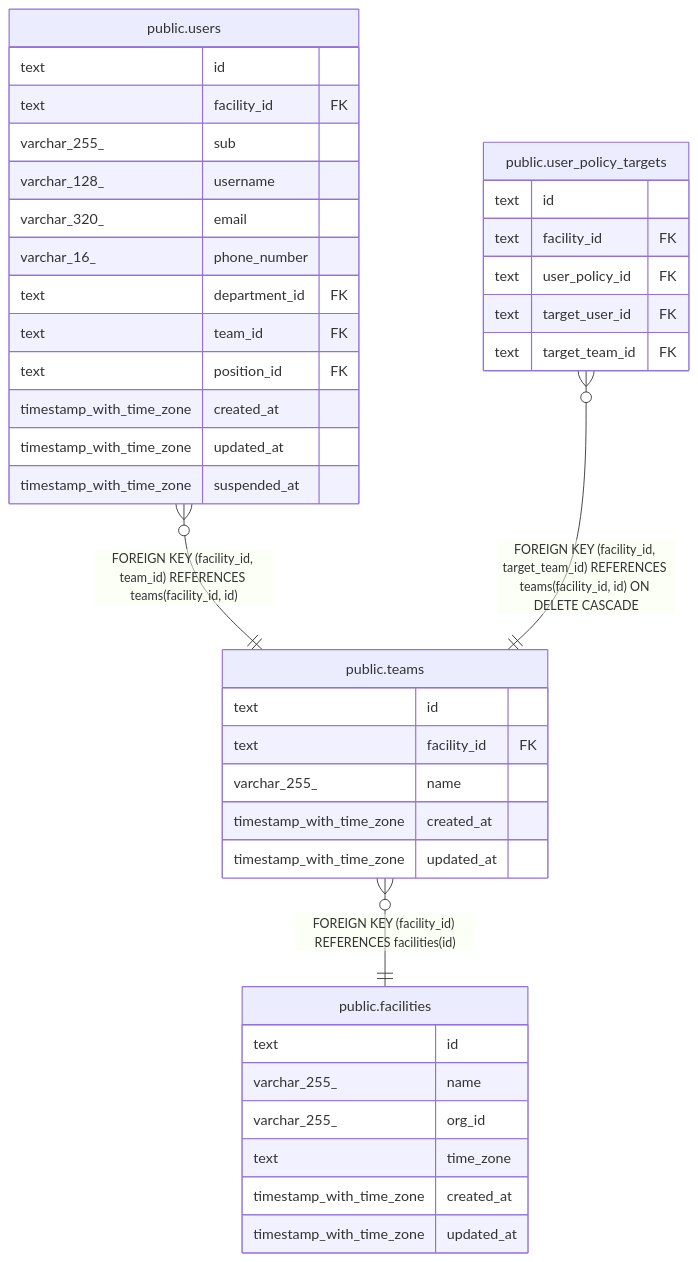
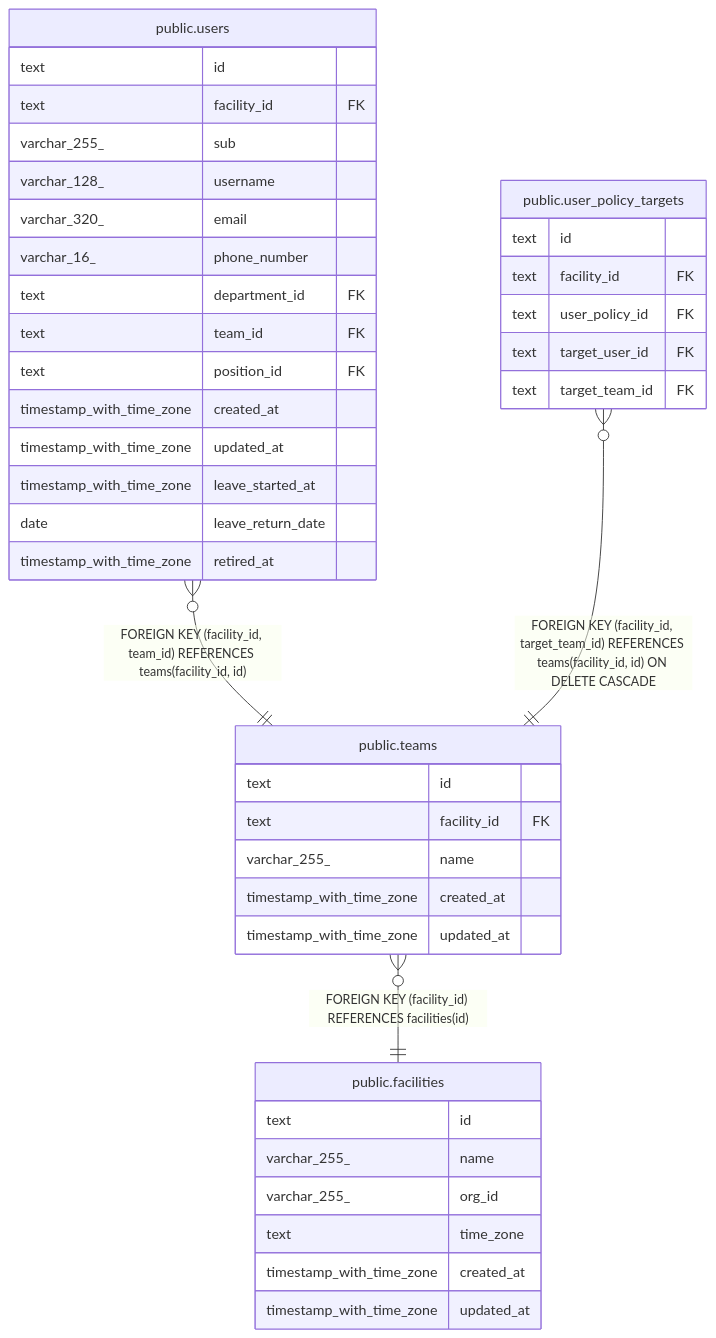
Before and after one commit to Fukuemon/buddy: the diagram in docs/db/schedule/public.teams.md, drawn with Mermaid. The commit also changed 47 other files, not shown here.

````diff
--- a/docs/db/schedule/public.teams.md
+++ b/docs/db/schedule/public.teams.md
@@ -55,44 +55,46 @@
 ```mermaid
 erDiagram
 
 "public.users" }o--|| "public.teams" : "FOREIGN KEY (facility_id, team_id) REFERENCES teams(facility_id, id)"
 "public.user_policy_targets" }o--|| "public.teams" : "FOREIGN KEY (facility_id, target_team_id) REFERENCES teams(facility_id, id) ON DELETE CASCADE"
 "public.teams" }o--|| "public.facilities" : "FOREIGN KEY (facility_id) REFERENCES facilities(id)"
 
 "public.teams" {
   text id
   text facility_id FK
   varchar_255_ name
   timestamp_with_time_zone created_at
   timestamp_with_time_zone updated_at
 }
 "public.users" {
   text id
   text facility_id FK
   varchar_255_ sub
   varchar_128_ username
   varchar_320_ email
   varchar_16_ phone_number
   text department_id FK
   text team_id FK
   text position_id FK
   timestamp_with_time_zone created_at
   timestamp_with_time_zone updated_at
-  timestamp_with_time_zone suspended_at
+  timestamp_with_time_zone leave_started_at
+  date leave_return_date
+  timestamp_with_time_zone retired_at
 }
 "public.user_policy_targets" {
   text id
   text facility_id FK
   text user_policy_id FK
   text target_user_id FK
   text target_team_id FK
 }
 "public.facilities" {
   text id
   varchar_255_ name
   varchar_255_ org_id
   text time_zone
   timestamp_with_time_zone created_at
   timestamp_with_time_zone updated_at
 }
 ```
````
